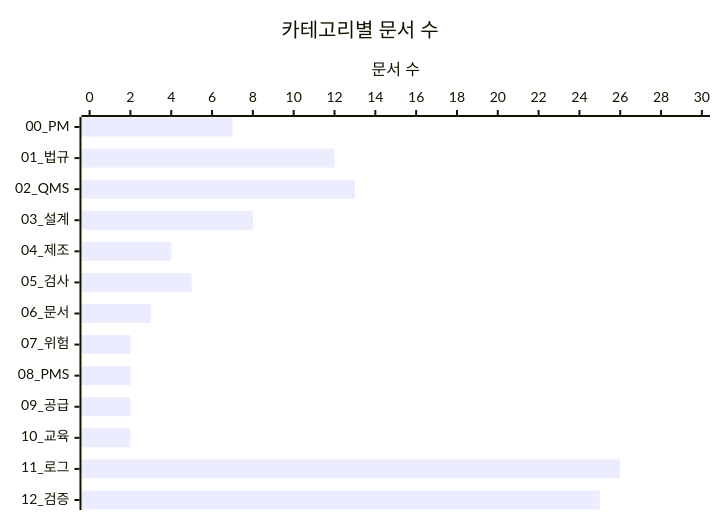
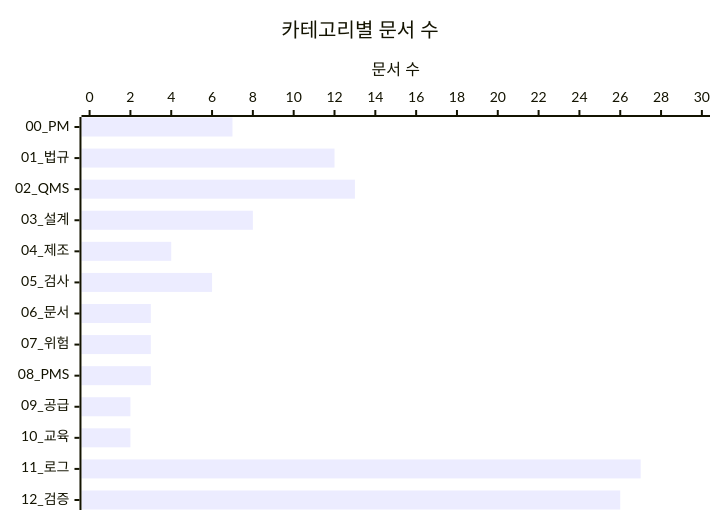
The second of 3 diagrams in README.md (holee9/MD-process), drawn with Mermaid before and after one commit. The commit also changed other lines of this file, not shown here.

````diff
--- a/README.md
+++ b/README.md
@@ -98,8 +98,8 @@
 ```mermaid
 %%{init: {"theme":"default"}}%%
 xychart-beta horizontal
     title "카테고리별 문서 수"
     x-axis ["00_PM","01_법규","02_QMS","03_설계","04_제조","05_검사","06_문서","07_위험","08_PMS","09_공급","10_교육","11_로그","12_검증"]
     y-axis "문서 수" 0 --> 30
-    bar [7,12,13,8,4,5,3,2,2,2,2,26,25]
+    bar [7,12,13,8,4,6,3,3,3,2,2,27,26]
 ```
````
